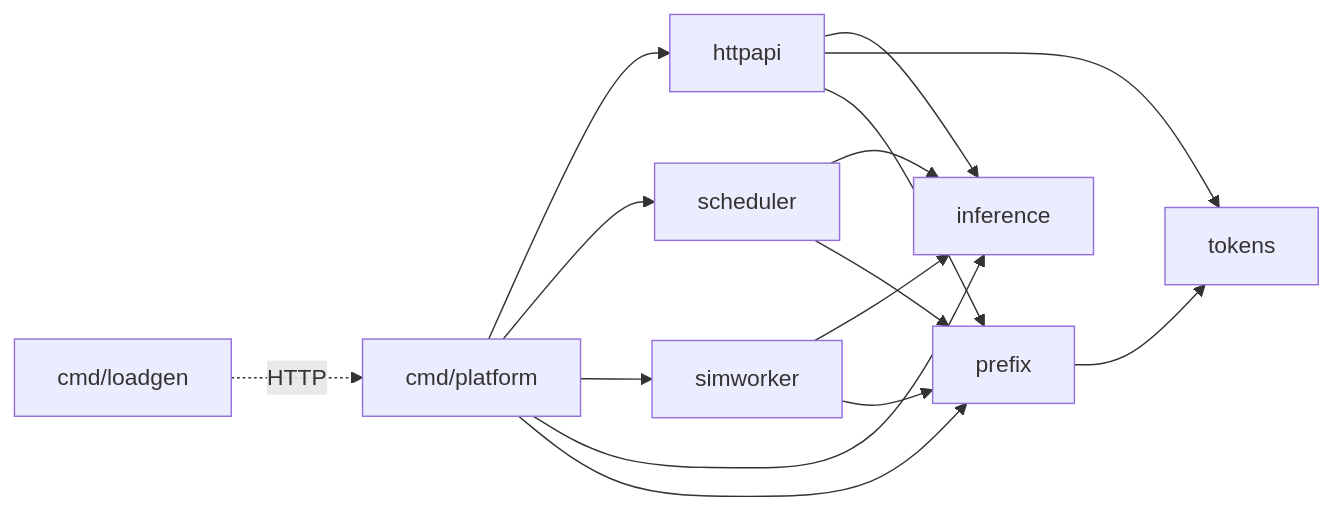
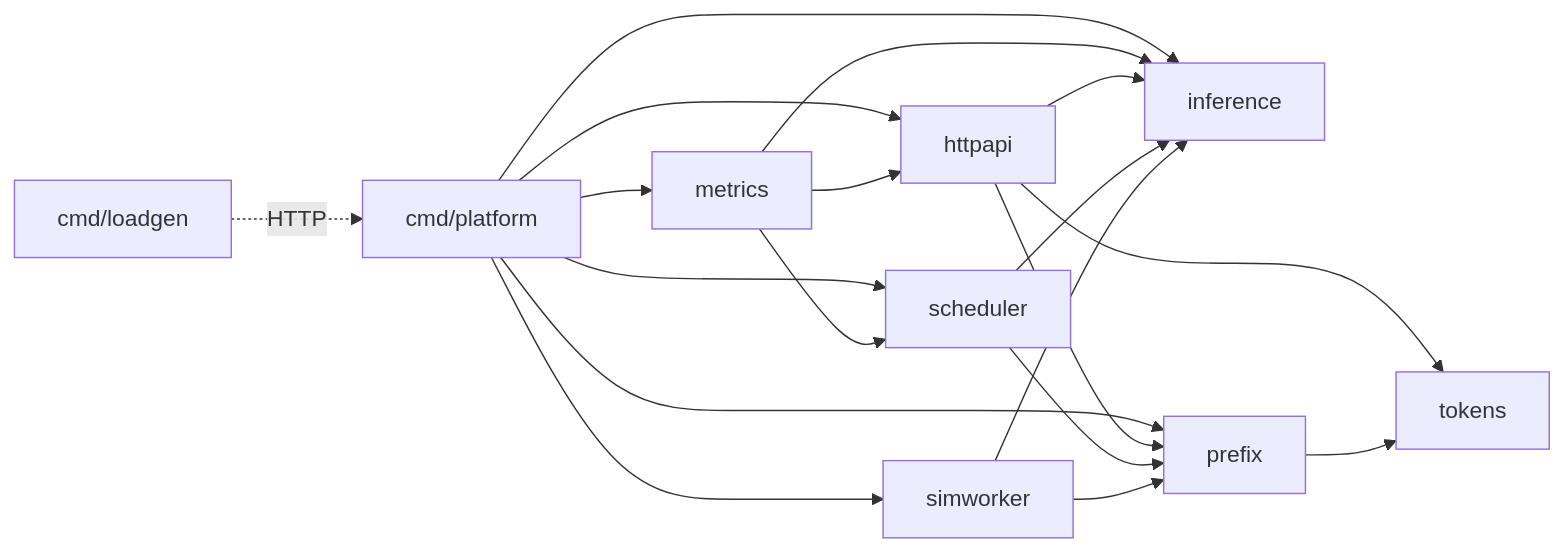
One commit to esnchez/llm-inference-platform changed the second of 2 diagrams in docs/servicio/01-arquitectura.md. Above: the diagram before and after it, drawn with Mermaid. The commit also changed other lines of this file and 31 other files, not shown here.

````diff
--- a/docs/servicio/01-arquitectura.md
+++ b/docs/servicio/01-arquitectura.md
@@ -60,9 +61,10 @@
 ```mermaid
 flowchart LR
-    main[cmd/platform] --> httpapi & scheduler & simworker & inference & prefix
+    main[cmd/platform] --> httpapi & scheduler & simworker & inference & prefix & metrics
+    metrics --> httpapi & scheduler & inference
     loadgen[cmd/loadgen] -. HTTP .-> main
     httpapi --> inference & tokens & prefix
     scheduler --> inference & prefix
     simworker --> inference & prefix
     prefix --> tokens
 ```
````
